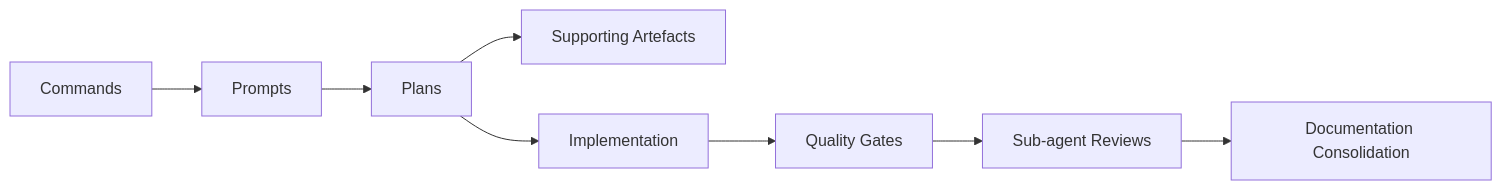
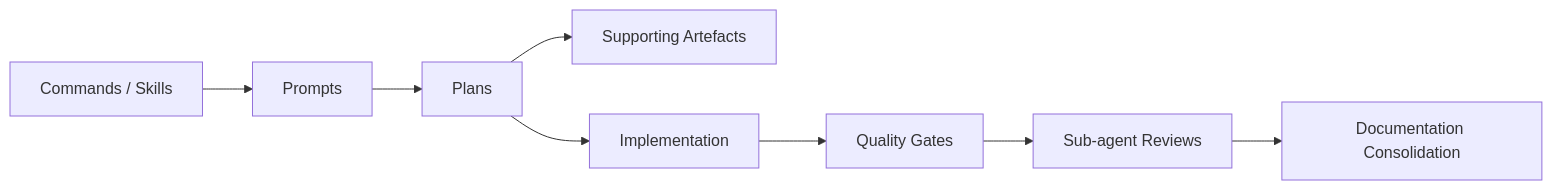
The third of 3 diagrams in .agent/practice-core/practice.md (jimCresswell/jimcresswell.net), drawn with Mermaid before and after one commit. The commit also changed other lines of this file and 50 other files, not shown here.

````diff
--- a/.agent/practice-core/practice.md
+++ b/.agent/practice-core/practice.md
@@ -158,10 +196,10 @@
 ```mermaid
 graph LR
-    CMD[Commands] --> PROMPT[Prompts]
+    CMD[Commands / Skills] --> PROMPT[Prompts]
     PROMPT --> PLAN[Plans]
     PLAN --> SUPP[Supporting Artefacts]
     PLAN --> WORK[Implementation]
     WORK --> QG[Quality Gates]
     QG --> REVIEW[Sub-agent Reviews]
     REVIEW --> CONSOL[Documentation Consolidation]
 ```
````
